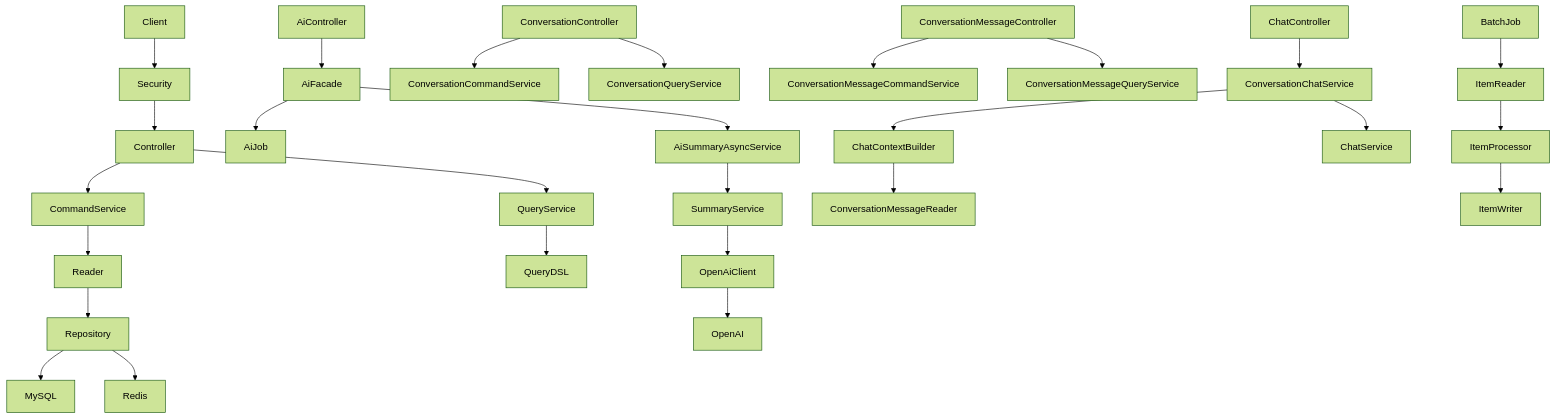
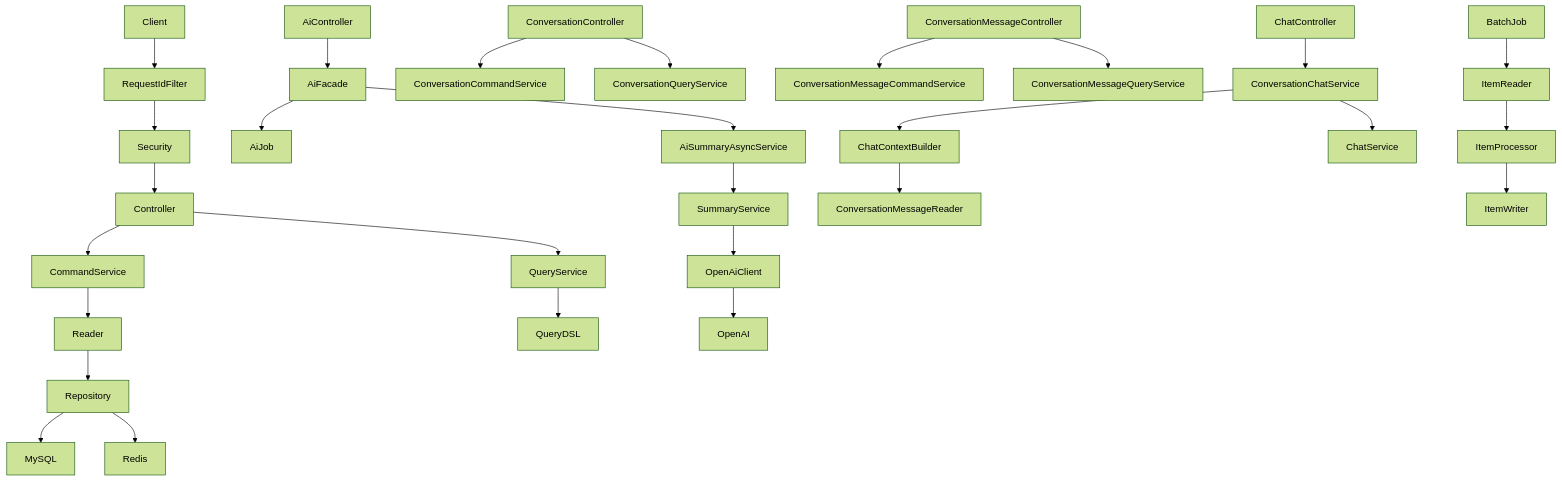
One commit to keunoh/feldbuch changed the first of 2 diagrams in README.md. Above: the diagram before and after it, drawn with Mermaid (forest theme). The commit also changed other lines of this file and 3 other files, not shown here.

````diff
--- a/README.md
+++ b/README.md
@@ -94,35 +98,36 @@
 ```mermaid
 flowchart TD
-    Client --> Security
+    Client --> RequestIdFilter
+    RequestIdFilter --> Security
     Security --> Controller
 
     Controller --> CommandService
     Controller --> QueryService
 
     CommandService --> Reader
     QueryService --> QueryDSL
 
     Reader --> Repository
     Repository --> MySQL
     Repository --> Redis
 
     AiController --> AiFacade
     AiFacade --> AiJob
     AiFacade --> AiSummaryAsyncService
     AiSummaryAsyncService --> SummaryService
     SummaryService --> OpenAiClient
     OpenAiClient --> OpenAI
 
     ConversationController --> ConversationCommandService
     ConversationController --> ConversationQueryService
     ConversationMessageController --> ConversationMessageCommandService
     ConversationMessageController --> ConversationMessageQueryService
     ChatController --> ConversationChatService
     ConversationChatService --> ChatContextBuilder
     ChatContextBuilder --> ConversationMessageReader
     ConversationChatService --> ChatService
 
     BatchJob --> ItemReader
     ItemReader --> ItemProcessor
     ItemProcessor --> ItemWriter
 ```
````
